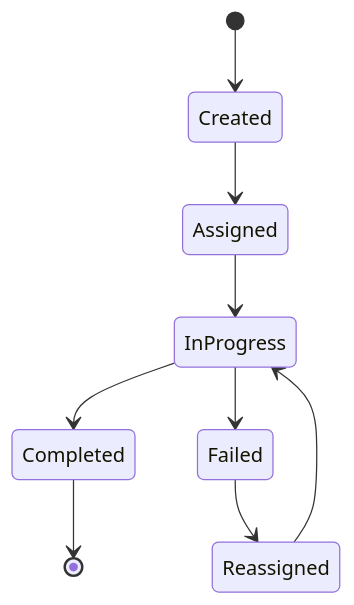
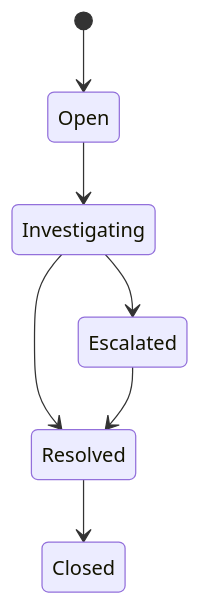
The third of 3 diagrams in Warehouse Management System/detailed-design/state-machine-diagrams.md (0Ankit0/Project-Ideas), drawn with Mermaid before and after one commit. The commit also changed other lines of this file and 38 other files, not shown here.

````diff
--- a/Warehouse Management System/detailed-design/state-machine-diagrams.md
+++ b/Warehouse Management System/detailed-design/state-machine-diagrams.md
@@ -32,11 +42,9 @@
 ```mermaid
 stateDiagram-v2
-    [*] --> Created
-    Created --> Assigned
-    Assigned --> InProgress
-    InProgress --> Completed
-    InProgress --> Failed
-    Failed --> Reassigned
-    Reassigned --> InProgress
-    Completed --> [*]
+    [*] --> Open
+    Open --> Investigating
+    Investigating --> Resolved
+    Investigating --> Escalated
+    Escalated --> Resolved
+    Resolved --> Closed
 ```
````
